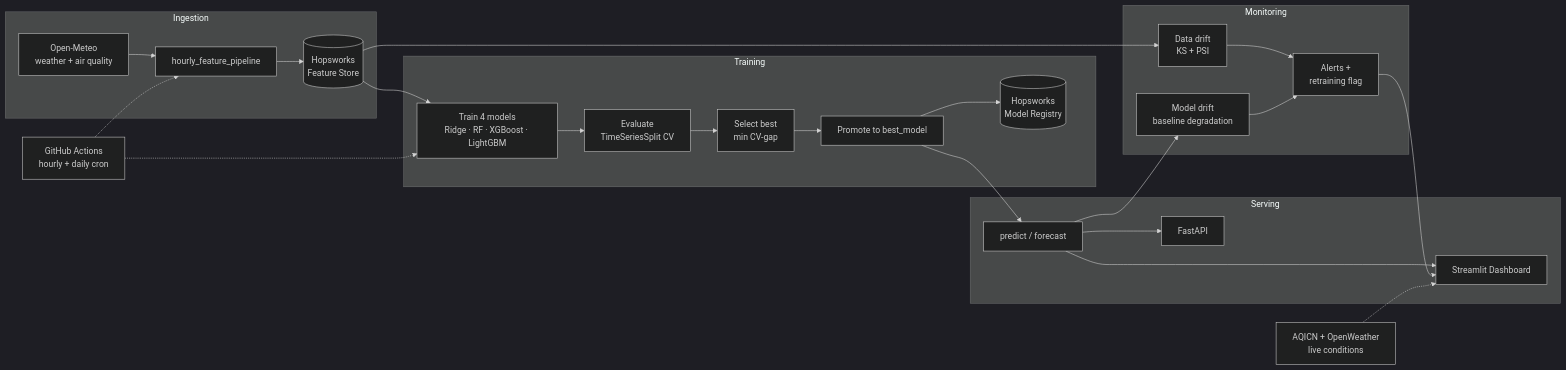
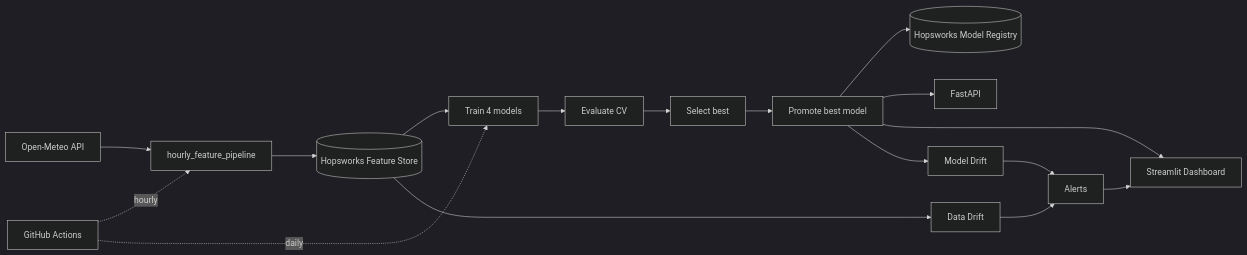
One commit to nikhatraghna/aqi-predictor changed the diagram in README.md. Above: the diagram before and after it, drawn with Mermaid (dark theme). The commit also changed other lines of this file, not shown here.

Commit message:
docs: add comprehensive project README with architecture diagram

````diff
--- a/README.md
+++ b/README.md
@@ -17,33 +16,19 @@
 ```mermaid
 flowchart LR
-    subgraph Ingestion
-        OM[Open-Meteo\nweather + air quality] --> HFP[hourly_feature_pipeline]
-        HFP --> FS[(Hopsworks\nFeature Store)]
-    end
-
-    subgraph Training
-        FS --> T[Train 4 models\nRidge · RF · XGBoost · LightGBM]
-        T --> EV[Evaluate\nTimeSeriesSplit CV]
-        EV --> SEL[Select best\nmin CV-gap]
-        SEL --> PROMO[Promote to best_model]
-        PROMO --> MR[(Hopsworks\nModel Registry)]
-    end
-
-    subgraph Serving
-        PROMO --> INF[predict / forecast]
-        INF --> API[FastAPI]
-        INF --> DASH[Streamlit Dashboard]
-    end
-
-    subgraph Monitoring
-        FS --> DD[Data drift\nKS + PSI]
-        INF --> MD[Model drift\nbaseline degradation]
-        DD --> AL[Alerts +\nretraining flag]
-        MD --> AL
-        AL --> DASH
-    end
-
-    AQICN[AQICN + OpenWeather\nlive conditions] -.-> DASH
-    GHA[GitHub Actions\nhourly + daily cron] -.-> HFP
-    GHA -.-> T
+    OM[Open-Meteo API] --> HFP[hourly_feature_pipeline]
+    HFP --> FS[(Hopsworks Feature Store)]
+    FS --> T[Train 4 models]
+    T --> EV[Evaluate CV]
+    EV --> SEL[Select best]
+    SEL --> PROMO[Promote best model]
+    PROMO --> MR[(Hopsworks Model Registry)]
+    PROMO --> API[FastAPI]
+    PROMO --> DASH[Streamlit Dashboard]
+    FS --> DD[Data Drift]
+    PROMO --> MD[Model Drift]
+    DD --> AL[Alerts]
+    MD --> AL
+    AL --> DASH
+    GHA[GitHub Actions] -.hourly.-> HFP
+    GHA -.daily.-> T
 ```
````
